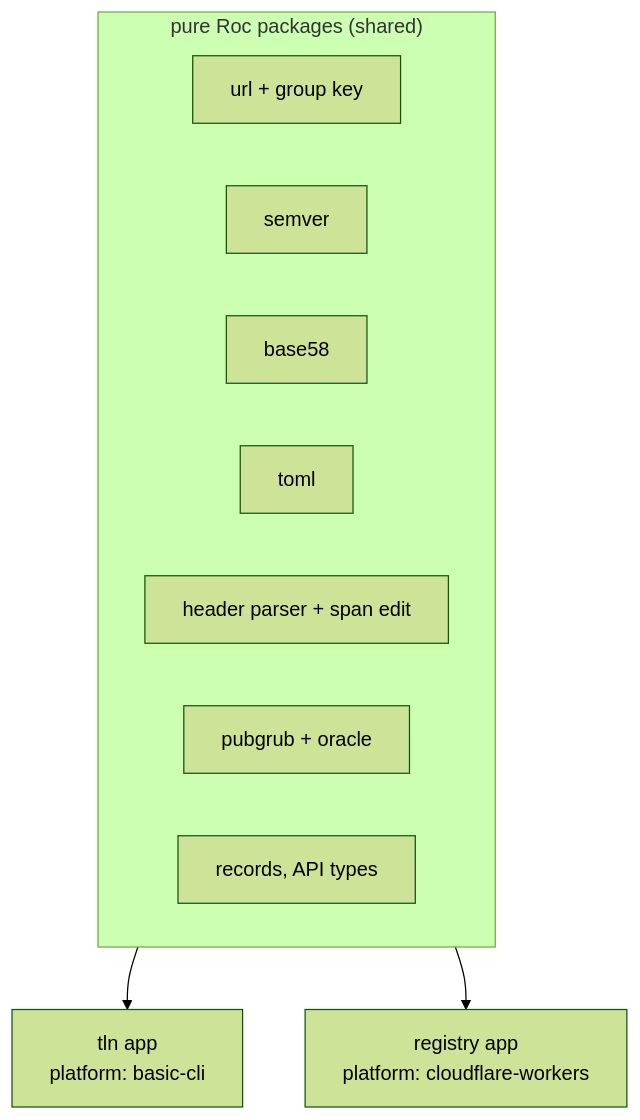
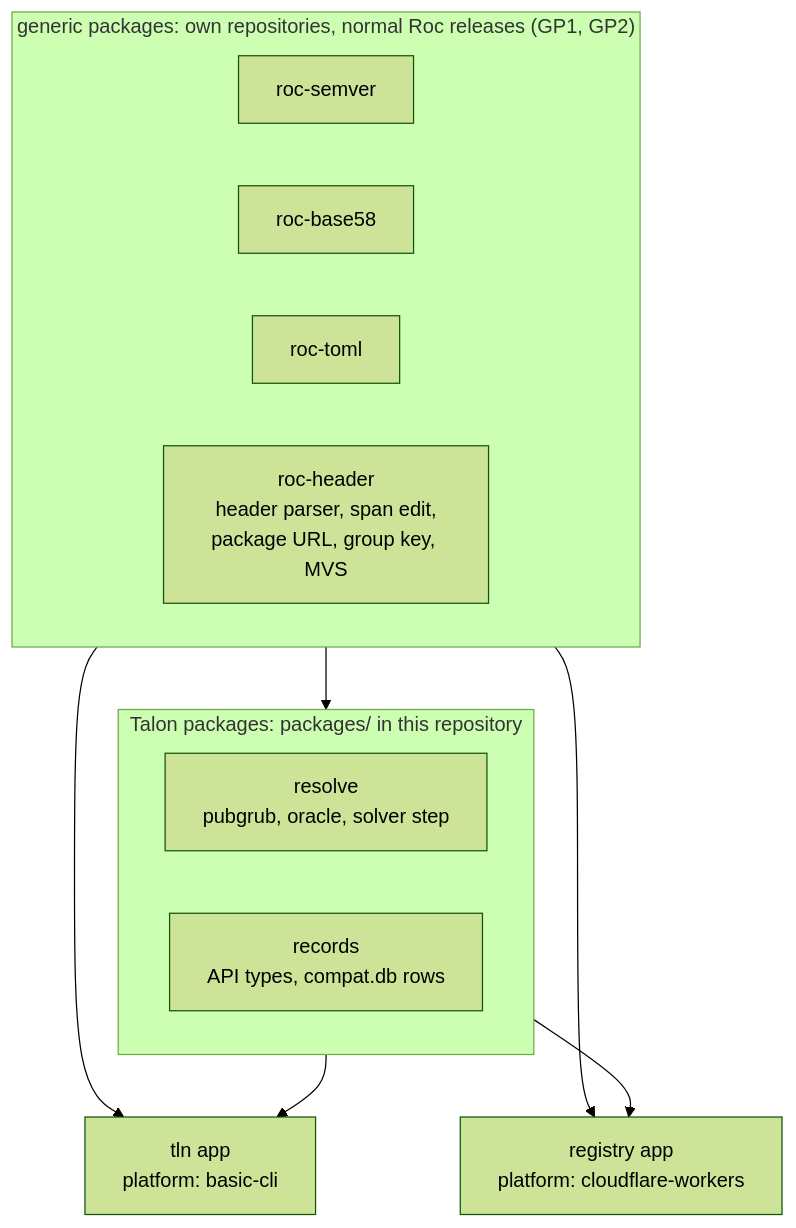
Before and after one commit to roc-talon/talon: the second of 2 diagrams in DESIGN.md, drawn with Mermaid (forest theme). The commit also changed other lines of this file and 14 other files, not shown here.

````diff
--- a/DESIGN.md
+++ b/DESIGN.md
@@ -275,14 +310,18 @@
 ```mermaid
 flowchart TB
-    subgraph core["pure Roc packages (shared)"]
-        U["url + group key"]
-        S["semver"]
-        B["base58"]
-        TM["toml"]
-        HP["header parser + span edit"]
-        PG["pubgrub + oracle"]
-        RC["records, API types"]
+    subgraph gen["generic packages: own repositories, normal Roc releases (GP1, GP2)"]
+        S["roc-semver"]
+        B["roc-base58"]
+        TM["roc-toml"]
+        HP["roc-header<br/>header parser, span edit,<br/>package URL, group key, MVS"]
     end
+    subgraph core["Talon packages: packages/ in this repository"]
+        PG["resolve<br/>pubgrub, oracle, solver step"]
+        RC["records<br/>API types, compat.db rows"]
+    end
+    gen --> core
+    gen --> CLI
+    gen --> WK
     core --> CLI["tln app<br/>platform: basic-cli"]
     core --> WK["registry app<br/>platform: cloudflare-workers"]
 ```
````
